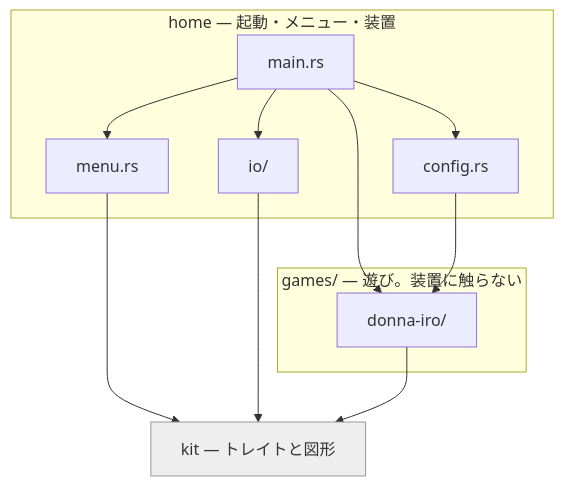
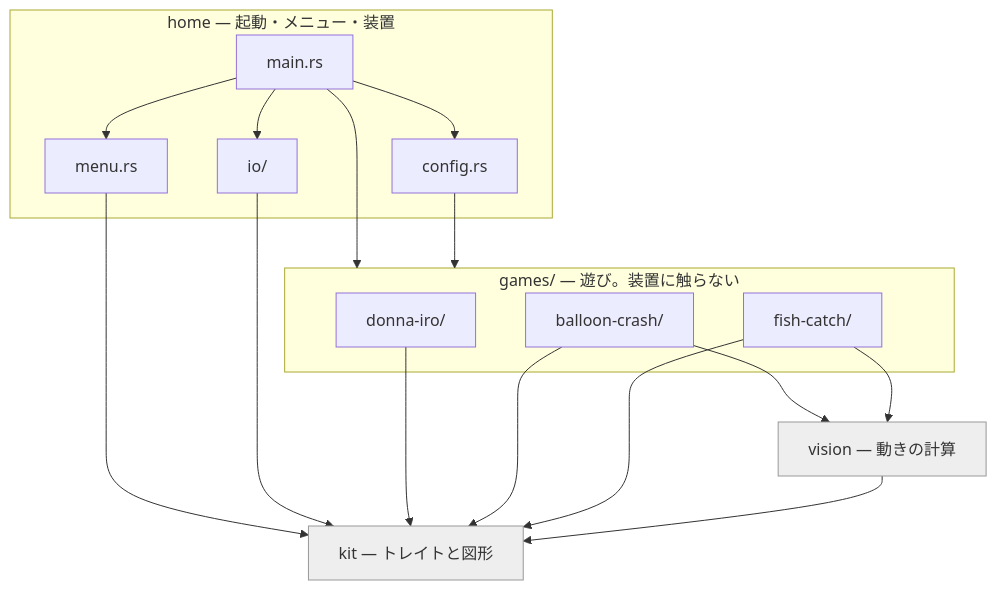
Before and after one commit to mpyw/child-games: the diagram in README.md, drawn with Mermaid. The commit also changed other lines of this file and 37 other files, not shown here.

````diff
--- a/README.md
+++ b/README.md
@@ -187,27 +190,35 @@
 ```mermaid
 flowchart TD
     subgraph home["home — 起動・メニュー・装置"]
         main["main.rs"]
         menu["menu.rs"]
         io["io/"]
         config["config.rs"]
     end
 
     subgraph games["games/ — 遊び。装置に触らない"]
         donna["donna-iro/"]
+        balloon["balloon-crash/"]
+        fish["fish-catch/"]
     end
 
     kit["kit — トレイトと図形"]
+    vision["vision — 動きの計算"]
 
     main --> menu
     main --> io
     main --> config
-    main --> donna
-    config --> donna
+    main --> games
+    config --> games
     menu --> kit
     io --> kit
     donna --> kit
+    balloon --> kit
+    fish --> kit
+    balloon --> vision
+    fish --> vision
+    vision --> kit
 
     classDef base fill:#eee,stroke:#999,color:#333;
-    class kit base;
+    class kit,vision base;
 ```
````
